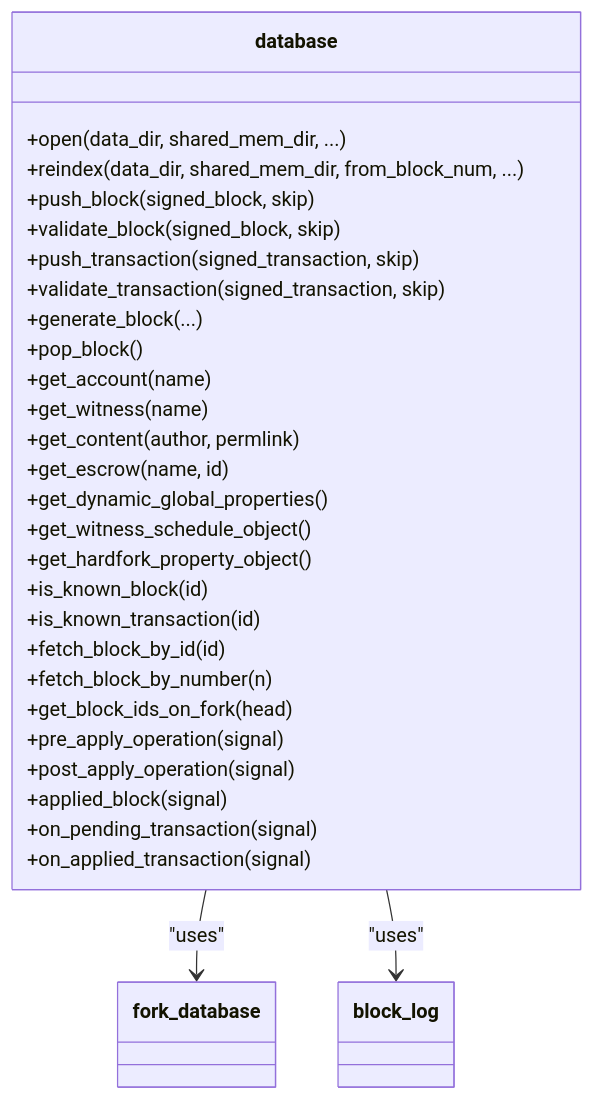
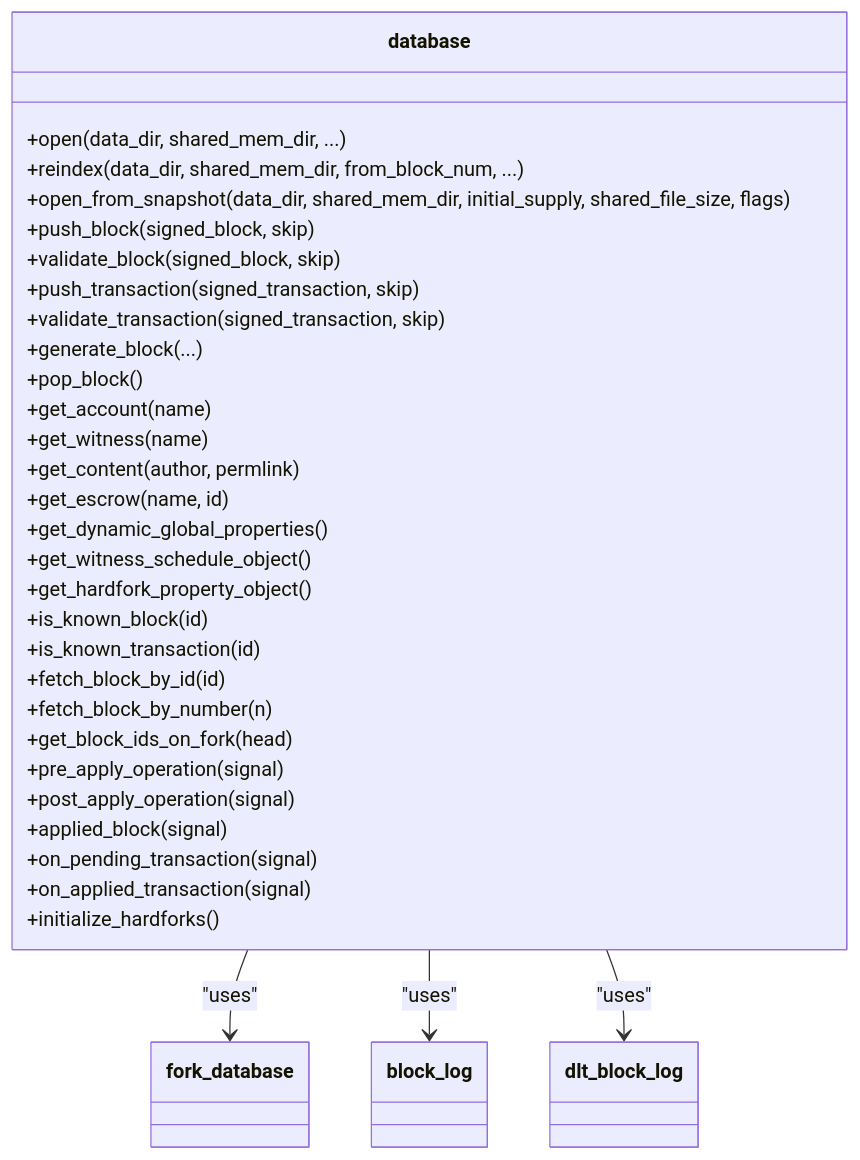
The third of 11 diagrams in .qoder/repowiki/en/content/Architecture Overview/Core Libraries/Chain Library/Chain Library.md (VIZ-Blockchain/viz-cpp-node), drawn with Mermaid before and after one commit. The commit also changed other lines of this file and 9 other files, not shown here.

First line of the commit message:
feat(chain): add snapshot loading and DLT mode support

````diff
--- a/.qoder/repowiki/en/content/Architecture Overview/Core Libraries/Chain Library/Chain Library.md
+++ b/.qoder/repowiki/en/content/Architecture Overview/Core Libraries/Chain Library/Chain Library.md
@@ -183,34 +222,38 @@
 ```mermaid
 classDiagram
 class database {
 +open(data_dir, shared_mem_dir, ...)
 +reindex(data_dir, shared_mem_dir, from_block_num, ...)
++open_from_snapshot(data_dir, shared_mem_dir, initial_supply, shared_file_size, flags)
 +push_block(signed_block, skip)
 +validate_block(signed_block, skip)
 +push_transaction(signed_transaction, skip)
 +validate_transaction(signed_transaction, skip)
 +generate_block(...)
 +pop_block()
 +get_account(name)
 +get_witness(name)
 +get_content(author, permlink)
 +get_escrow(name, id)
 +get_dynamic_global_properties()
 +get_witness_schedule_object()
 +get_hardfork_property_object()
 +is_known_block(id)
 +is_known_transaction(id)
 +fetch_block_by_id(id)
 +fetch_block_by_number(n)
 +get_block_ids_on_fork(head)
 +pre_apply_operation(signal)
 +post_apply_operation(signal)
 +applied_block(signal)
 +on_pending_transaction(signal)
 +on_applied_transaction(signal)
++initialize_hardforks()
 }
 class fork_database
 class block_log
+class dlt_block_log
 database --> fork_database : "uses"
 database --> block_log : "uses"
+database --> dlt_block_log : "uses"
 ```
````
